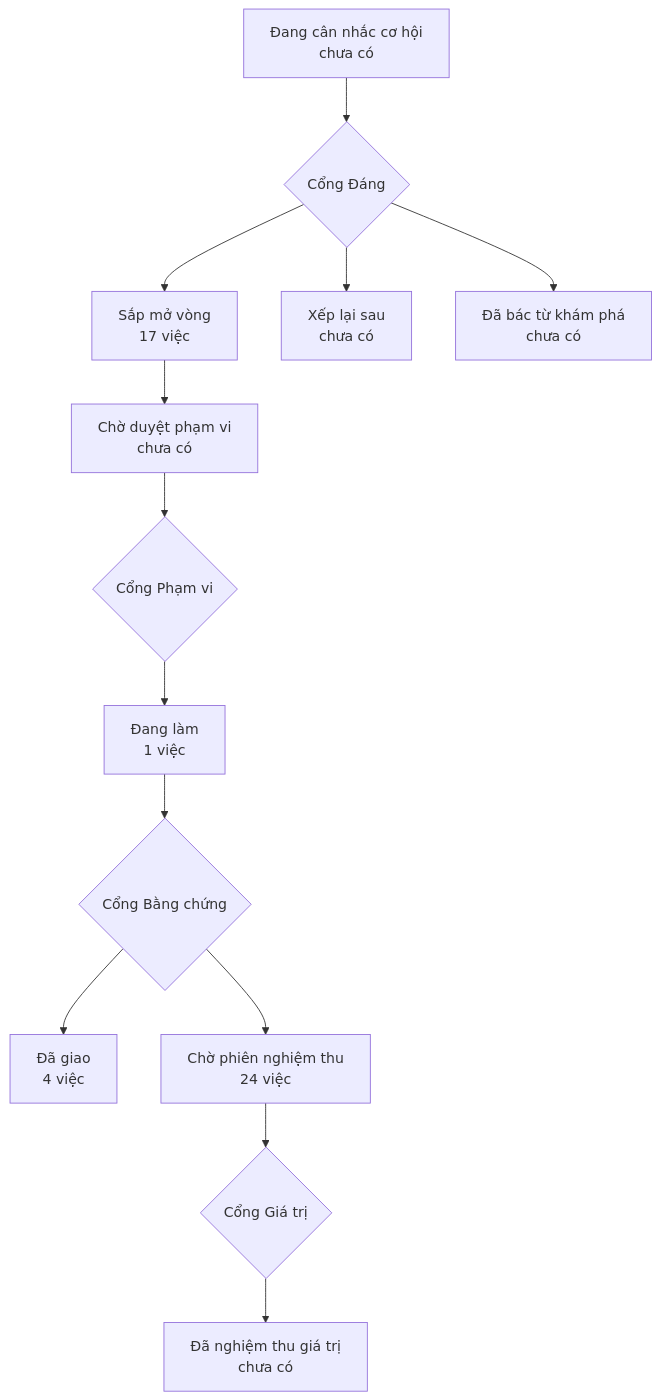
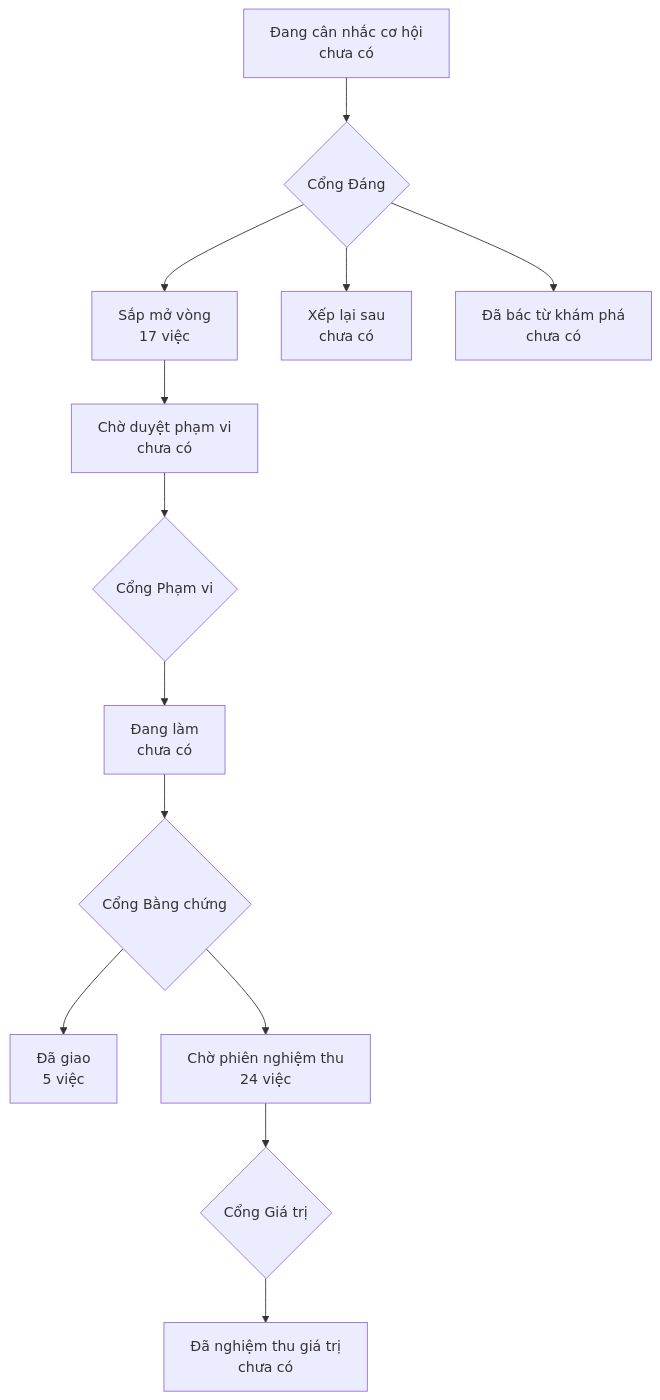
The diagram in PRODUCT-MAP.md (phanlemanh/onehub-quy-hang), drawn with Mermaid before and after one commit. The commit also changed other lines of this file and 4 other files, not shown here.

````diff
--- a/PRODUCT-MAP.md
+++ b/PRODUCT-MAP.md
@@ -7,12 +7,12 @@
 ```mermaid
 flowchart TD
   A["Đang cân nhắc cơ hội<br/>chưa có"] --> GD{"Cổng Đáng"}
   GD --> B["Sắp mở vòng<br/>17 việc"]
   GD --> XL["Xếp lại sau<br/>chưa có"]
   GD --> DB["Đã bác từ khám phá<br/>chưa có"]
   B --> CD["Chờ duyệt phạm vi<br/>chưa có"] --> GP{"Cổng Phạm vi"}
-  GP --> DL["Đang làm<br/>1 việc"] --> GB{"Cổng Bằng chứng"}
-  GB --> DG["Đã giao<br/>4 việc"]
+  GP --> DL["Đang làm<br/>chưa có"] --> GB{"Cổng Bằng chứng"}
+  GB --> DG["Đã giao<br/>5 việc"]
   GB --> CN["Chờ phiên nghiệm thu<br/>24 việc"] --> GG{"Cổng Giá trị"}
   GG --> NT["Đã nghiệm thu giá trị<br/>chưa có"]
 ```
````
